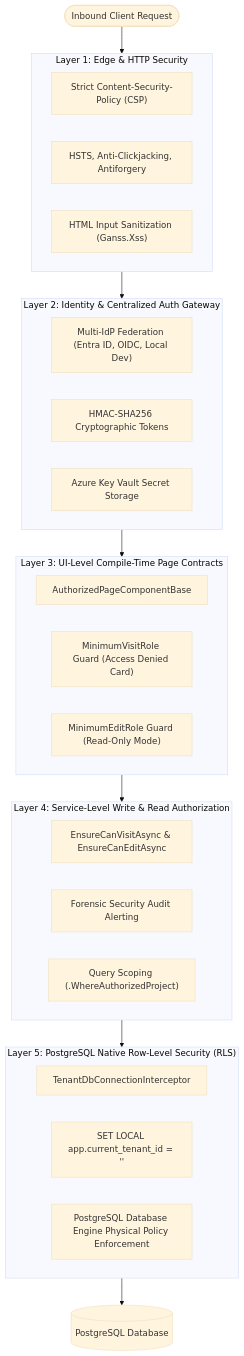
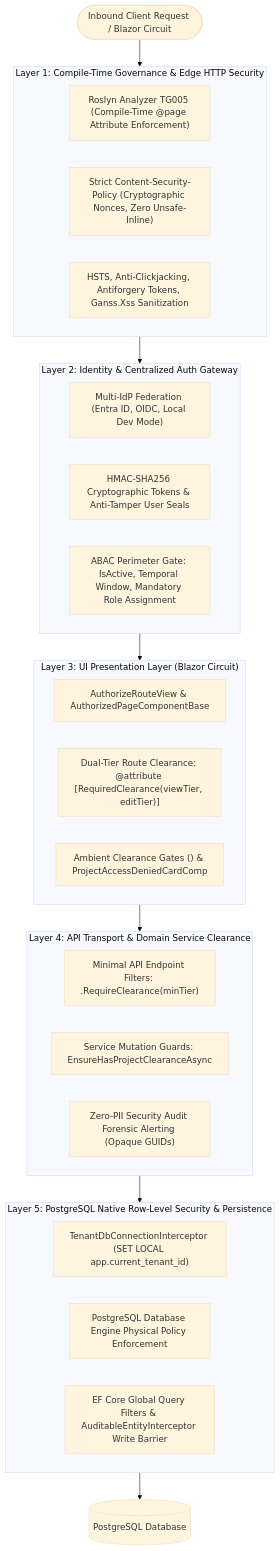
Before and after one commit to cheriansk/blazor-fluent: the first of 11 diagrams in docs/03-Security-Model-and-Defense-in-Depth.md, drawn with Mermaid (base theme). The commit also changed other lines of this file and 392 other files, not shown here.

````diff
--- a/docs/03-Security-Model-and-Defense-in-Depth.md
+++ b/docs/03-Security-Model-and-Defense-in-Depth.md
@@ -12,40 +12,40 @@
 ```mermaid
 flowchart TD
-    Req([Inbound Client Request]) --> L1
+    Req([Inbound Client Request / Blazor Circuit]) --> L1
     
-    subgraph L1 ["Layer 1: Edge & HTTP Security"]
-        L1a["Strict Content-Security-Policy (CSP)"]
-        L1b["HSTS, Anti-Clickjacking, Antiforgery"]
-        L1c["HTML Input Sanitization (Ganss.Xss)"]
+    subgraph L1 ["Layer 1: Compile-Time Governance & Edge HTTP Security"]
+        L1a["Roslyn Analyzer TG005 (Compile-Time @page Attribute Enforcement)"]
+        L1b["Strict Content-Security-Policy (Cryptographic Nonces, Zero Unsafe-Inline)"]
+        L1c["HSTS, Anti-Clickjacking, Antiforgery Tokens, Ganss.Xss Sanitization"]
     end
     
     L1 --> L2
     subgraph L2 ["Layer 2: Identity & Centralized Auth Gateway"]
-        L2a["Multi-IdP Federation (Entra ID, OIDC, Local Dev)"]
-        L2b["HMAC-SHA256 Cryptographic Tokens"]
-        L2c["Azure Key Vault Secret Storage"]
+        L2a["Multi-IdP Federation (Entra ID, OIDC, Local Dev Mode)"]
+        L2b["HMAC-SHA256 Cryptographic Tokens & Anti-Tamper User Seals"]
+        L2c["ABAC Perimeter Gate: IsActive, Temporal Window, Mandatory Role Assignment"]
     end
     
     L2 --> L3
-    subgraph L3 ["Layer 3: UI-Level Compile-Time Page Contracts"]
-        L3a["AuthorizedPageComponentBase"]
-        L3b["MinimumVisitRole Guard (Access Denied Card)"]
-        L3c["MinimumEditRole Guard (Read-Only Mode)"]
+    subgraph L3 ["Layer 3: UI Presentation Layer (Blazor Circuit)"]
+        L3a["AuthorizeRouteView & AuthorizedPageComponentBase"]
+        L3b["Dual-Tier Route Clearance: @attribute [RequiredClearance(viewTier, editTier)]"]
+        L3c["Ambient Clearance Gates (<ClearanceGate>) & ProjectAccessDeniedCardComp"]
     end
     
     L3 --> L4
-    subgraph L4 ["Layer 4: Service-Level Write & Read Authorization"]
-        L4a["EnsureCanVisitAsync & EnsureCanEditAsync"]
-        L4b["Forensic Security Audit Alerting"]
-        L4c["Query Scoping (.WhereAuthorizedProject)"]
+    subgraph L4 ["Layer 4: API Transport & Domain Service Clearance"]
+        L4a["Minimal API Endpoint Filters: .RequireClearance(minTier)"]
+        L4b["Service Mutation Guards: EnsureHasProjectClearanceAsync"]
+        L4c["Zero-PII Security Audit Forensic Alerting (Opaque GUIDs)"]
     end
     
     L4 --> L5
-    subgraph L5 ["Layer 5: PostgreSQL Native Row-Level Security (RLS)"]
-        L5a["TenantDbConnectionInterceptor"]
-        L5b["SET LOCAL app.current_tenant_id = '<tenant_id>'"]
-        L5c["PostgreSQL Database Engine Physical Policy Enforcement"]
+    subgraph L5 ["Layer 5: PostgreSQL Native Row-Level Security & Persistence"]
+        L5a["TenantDbConnectionInterceptor (SET LOCAL app.current_tenant_id)"]
+        L5b["PostgreSQL Database Engine Physical Policy Enforcement"]
+        L5c["EF Core Global Query Filters & AuditableEntityInterceptor Write Barrier"]
     end
     
     L5 --> DB[(PostgreSQL Database)]
 ```
````
